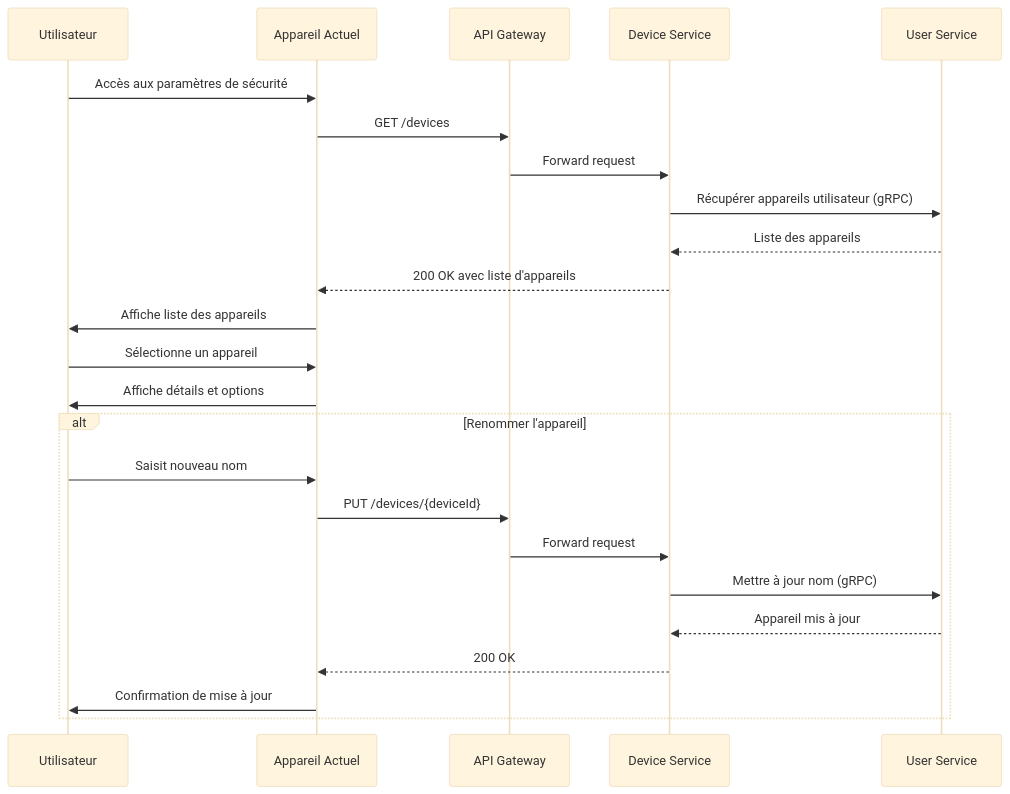
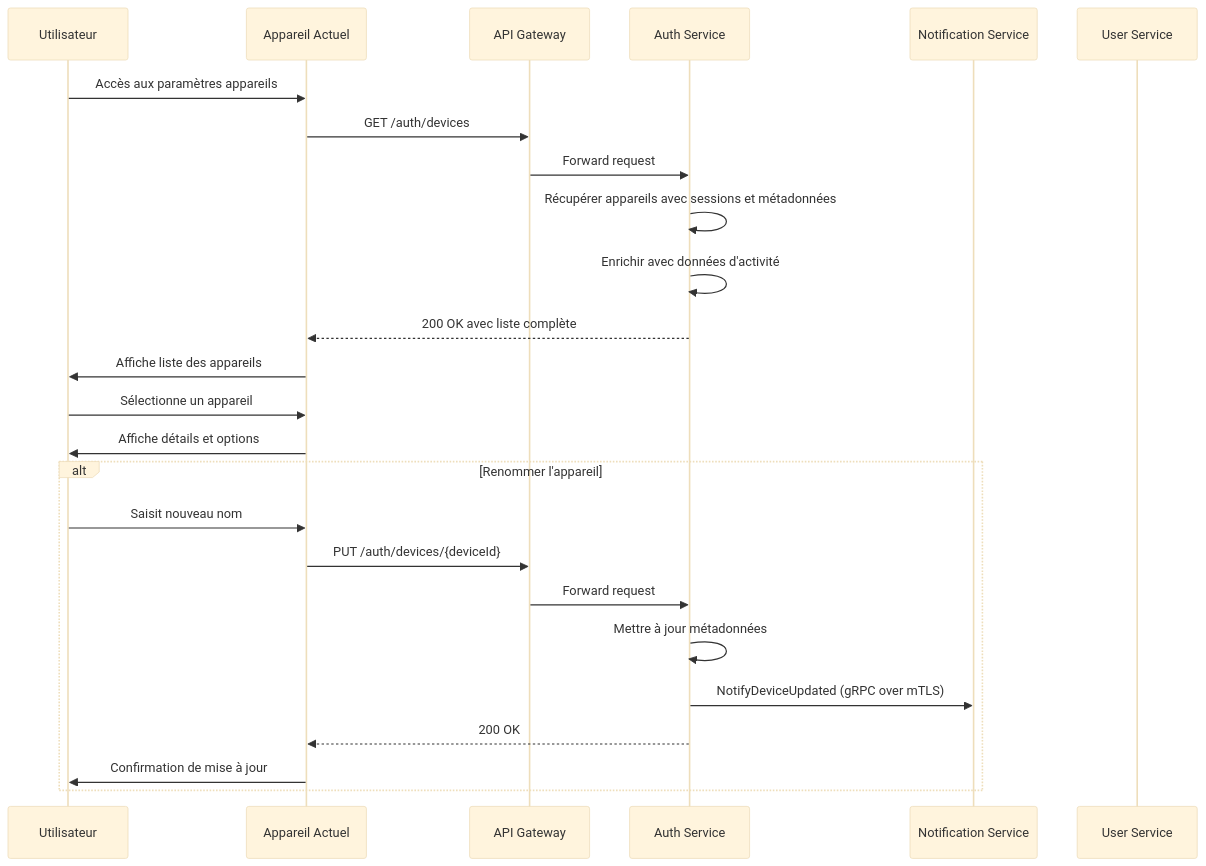
The fourth of 10 diagrams in documentation/2_fonctional_specs/3_devices_management.md (whispr-messenger/auth-service), drawn with Mermaid (base theme) before and after one commit. The commit also changed other lines of this file and 4 other files, not shown here.

Commit message:
📝 Update devices data managed by auth service

````diff
--- a/documentation/2_fonctional_specs/3_devices_management.md
+++ b/documentation/2_fonctional_specs/3_devices_management.md
@@ -124,30 +264,31 @@
 ```mermaid
 sequenceDiagram
     participant User as Utilisateur
     participant CurrentDevice as Appareil Actuel
     participant APIGateway as API Gateway
-    participant DeviceService as Device Service
+    participant AuthService as Auth Service
+    participant NotificationService as Notification Service
     participant UserService as User Service
     
-    User->>CurrentDevice: Accès aux paramètres de sécurité
-    CurrentDevice->>APIGateway: GET /devices
-    APIGateway->>DeviceService: Forward request
-    DeviceService->>UserService: Récupérer appareils utilisateur (gRPC)
-    UserService-->>DeviceService: Liste des appareils
-    DeviceService-->>CurrentDevice: 200 OK avec liste d'appareils
+    User->>CurrentDevice: Accès aux paramètres appareils
+    CurrentDevice->>APIGateway: GET /auth/devices
+    APIGateway->>AuthService: Forward request
+    AuthService->>AuthService: Récupérer appareils avec sessions et métadonnées
+    AuthService->>AuthService: Enrichir avec données d'activité
+    AuthService-->>CurrentDevice: 200 OK avec liste complète
     
     CurrentDevice->>User: Affiche liste des appareils
     
     User->>CurrentDevice: Sélectionne un appareil
     CurrentDevice->>User: Affiche détails et options
     
     alt Renommer l'appareil
         User->>CurrentDevice: Saisit nouveau nom
-        CurrentDevice->>APIGateway: PUT /devices/{deviceId}
-        APIGateway->>DeviceService: Forward request
-        DeviceService->>UserService: Mettre à jour nom (gRPC)
-        UserService-->>DeviceService: Appareil mis à jour
-        DeviceService-->>CurrentDevice: 200 OK
+        CurrentDevice->>APIGateway: PUT /auth/devices/{deviceId}
+        APIGateway->>AuthService: Forward request
+        AuthService->>AuthService: Mettre à jour métadonnées
+        AuthService->>NotificationService: NotifyDeviceUpdated (gRPC over mTLS)
+        AuthService-->>CurrentDevice: 200 OK
         CurrentDevice->>User: Confirmation de mise à jour
     end
 ```
````
